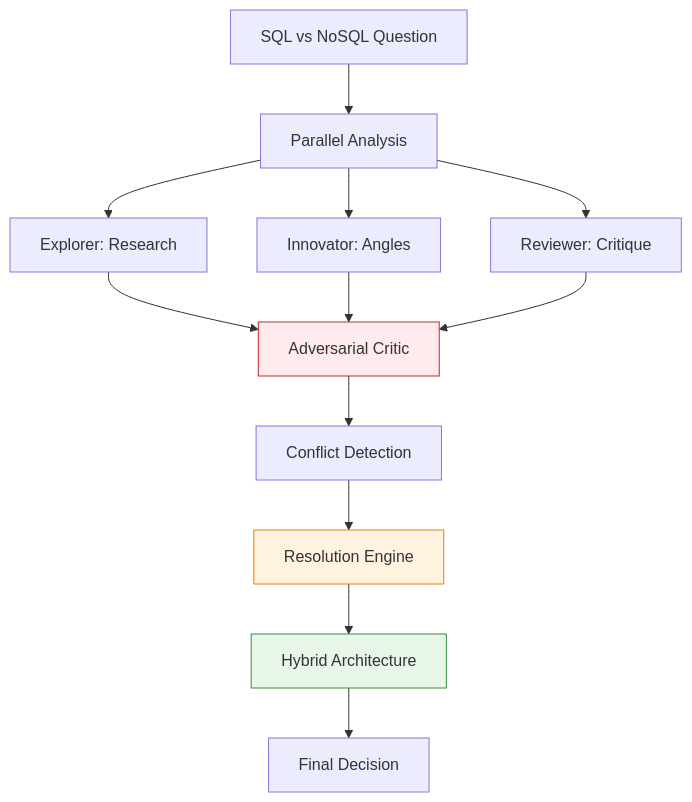
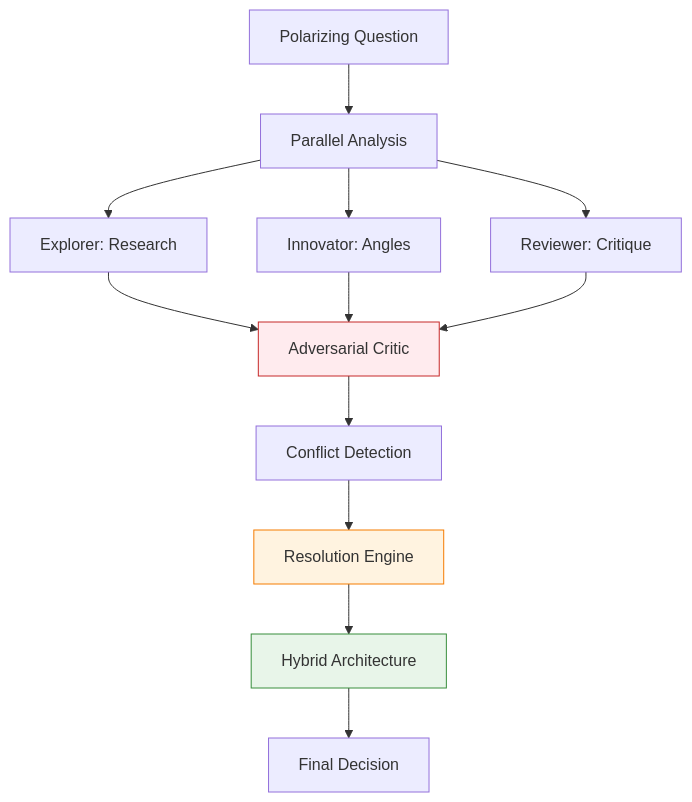
One commit to MohamedNamper333/swarm-agent changed the second of 3 diagrams in SWARM-TEST-004-VERY-HARD.md. Above: the diagram before and after it, drawn with Mermaid. The commit also changed other lines of this file and 16 other files, not shown here.

````diff
--- a/SWARM-TEST-004-VERY-HARD.md
+++ b/SWARM-TEST-004-VERY-HARD.md
@@ -81,18 +99,18 @@
 ```mermaid
 flowchart TD
-    A[SQL vs NoSQL Question] --> B[Parallel Analysis]
+    A[Polarizing Question] --> B[Parallel Analysis]
     B --> C1[Explorer: Research]
     B --> C2[Innovator: Angles]
     B --> C3[Reviewer: Critique]
     C1 --> D[Adversarial Critic]
     C2 --> D
     C3 --> D
     D --> E[Conflict Detection]
     E --> F[Resolution Engine]
     F --> G[Hybrid Architecture]
     G --> H[Final Decision]
     
     style D fill:#ffebee,stroke:#c62828
     style F fill:#fff3e0,stroke:#f57c00
     style G fill:#e8f5e9,stroke:#388e3c
 ```
````
